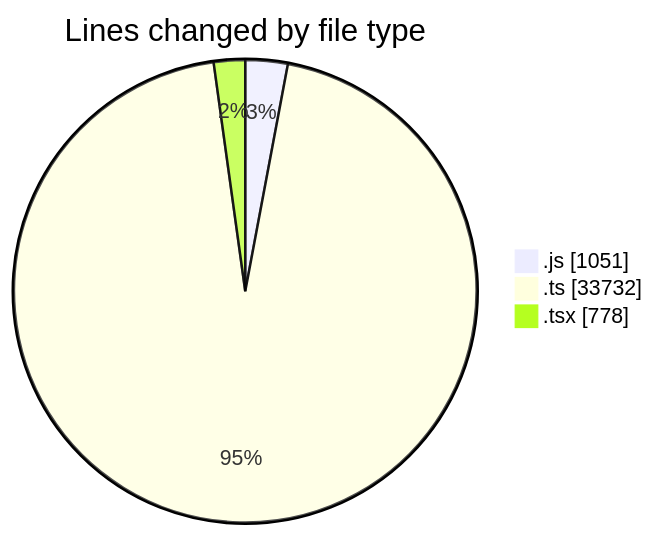
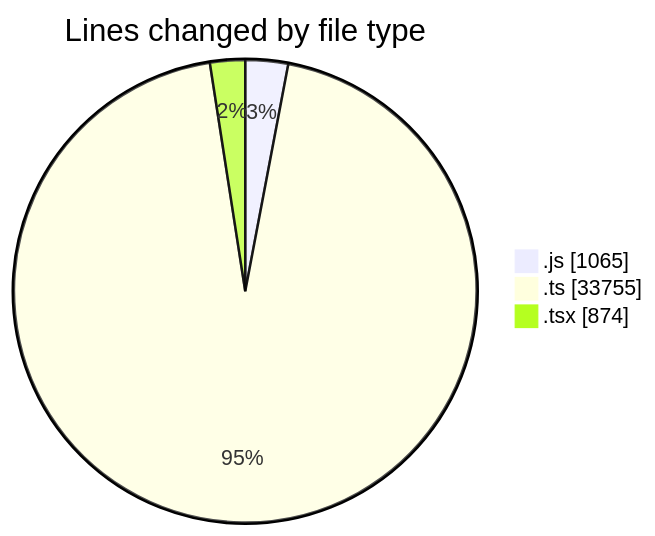
The first of 2 diagrams in 2026-10-06/cda/README.md (momahboobian/code-tracking), drawn with Mermaid before and after one commit. The commit also changed other lines of this file and 1 other file, not shown here.

````diff
--- a/2026-10-06/cda/README.md
+++ b/2026-10-06/cda/README.md
@@ -40,7 +40,7 @@
 ```mermaid
 pie showData
 title Lines changed by file type
-".js" : 1051
-".ts" : 33732
-".tsx" : 778
+".js" : 1065
+".ts" : 33755
+".tsx" : 874
 ```
````
